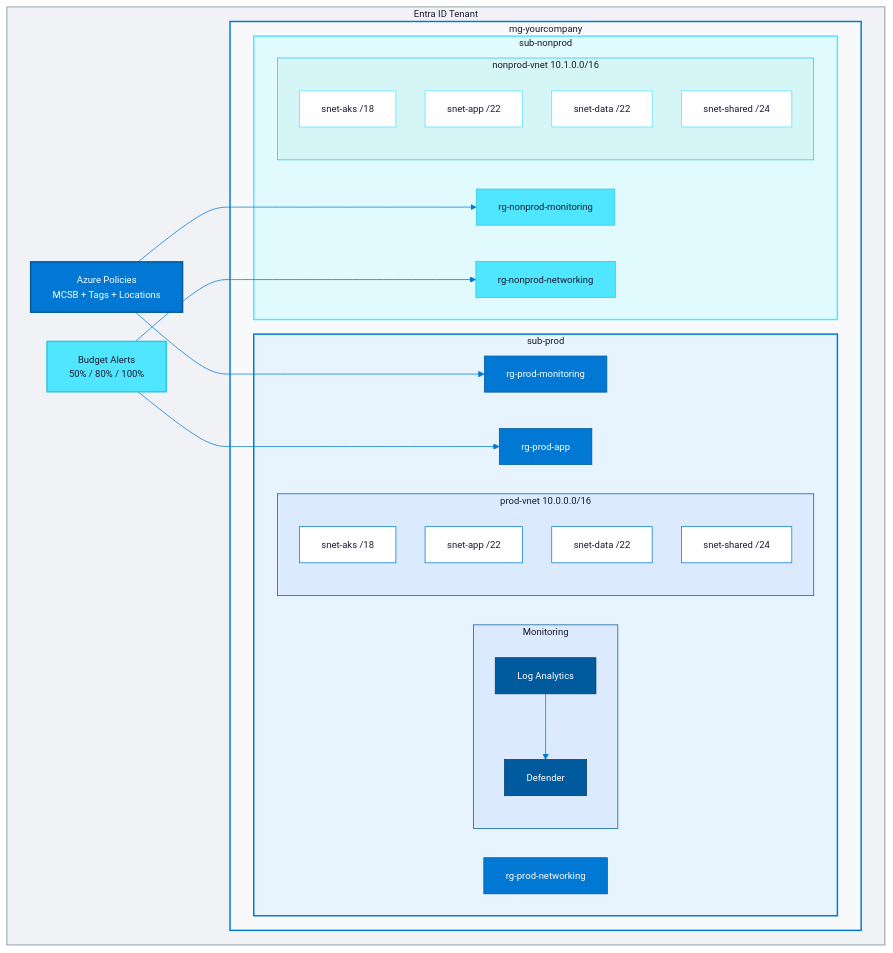
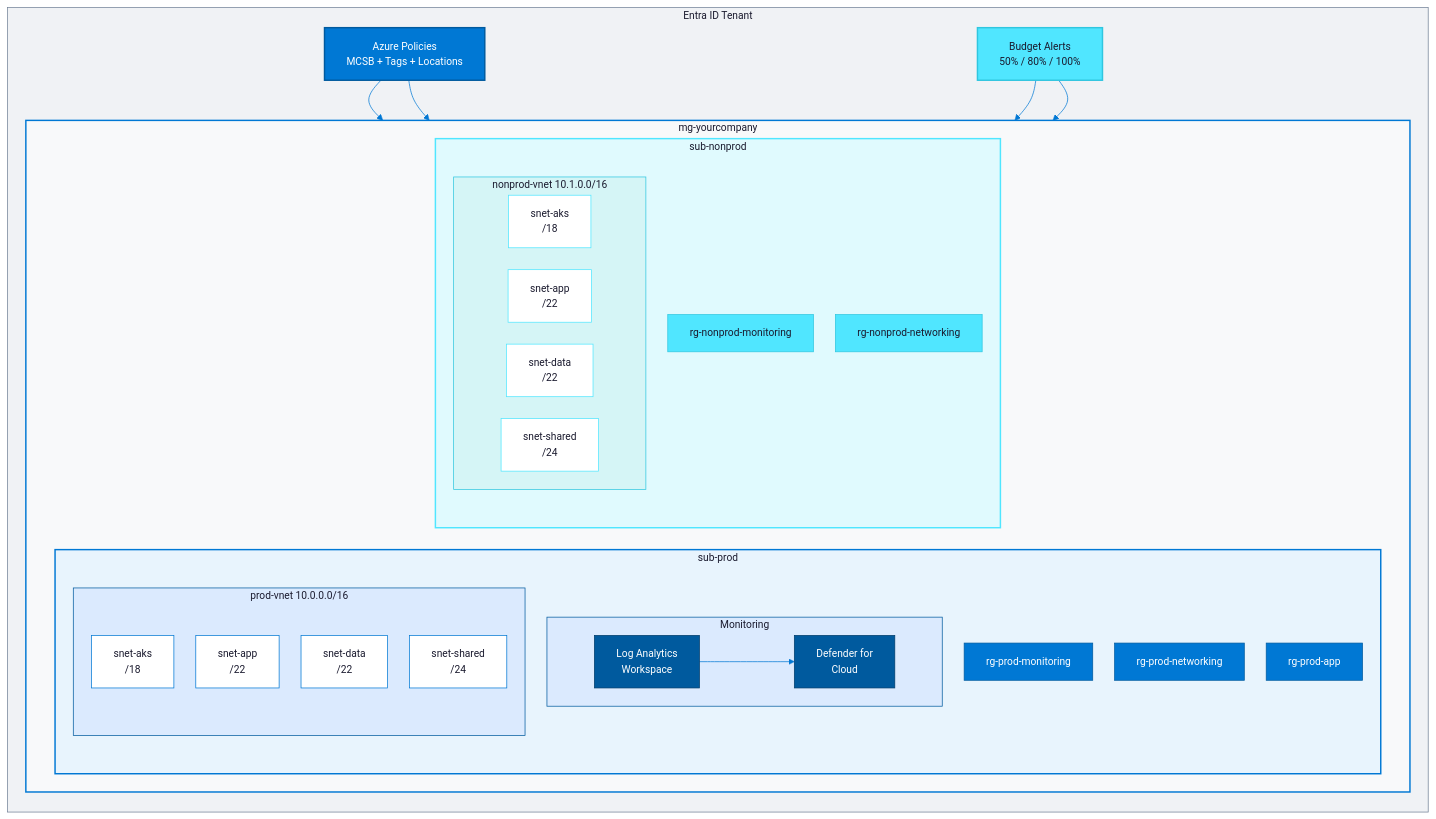
One commit to ricmmartins/sslz changed the diagram in index.md. Above: the diagram before and after it, drawn with Mermaid.

Commit message:
Fix Mermaid clipping: use HTML labels, LR layout, useMaxWidth true

```diff
--- a/index.md
+++ b/index.md
@@ -46,66 +46,70 @@
   <pre class="mermaid">
-%%{init: {"theme": "base", "themeVariables": {"primaryColor": "#e8f4fd", "primaryTextColor": "#1a1a2e", "primaryBorderColor": "#0078D4", "lineColor": "#0078D4", "secondaryColor": "#e0fafe", "tertiaryColor": "#f0f2f5", "fontFamily": "Inter, Segoe UI, sans-serif", "fontSize": "13px"}, "flowchart": {"useMaxWidth": false, "diagramPadding": 30, "nodeSpacing": 40, "rankSpacing": 40}}}%%
-graph TB
-    subgraph tenant[" Entra ID Tenant "]
-        subgraph mg[" mg-yourcompany "]
-            subgraph prod[" sub-prod "]
+%%{init: {"theme": "base", "themeVariables": {"primaryColor": "#e8f4fd", "primaryTextColor": "#1a1a2e", "primaryBorderColor": "#0078D4", "lineColor": "#0078D4", "secondaryColor": "#e0fafe", "tertiaryColor": "#f0f2f5", "fontFamily": "Inter, Segoe UI, sans-serif", "fontSize": "14px"}, "flowchart": {"useMaxWidth": true, "htmlLabels": true, "diagramPadding": 20, "nodeSpacing": 30, "rankSpacing": 30, "padding": 15}}}%%
+graph LR
+    subgraph tenant["Entra ID Tenant"]
+        direction TB
+        policies["Azure Policies<br/>MCSB + Tags + Locations"]
+        budgets["Budget Alerts<br/>50% / 80% / 100%"]
+        subgraph mg["mg-yourcompany"]
+            direction LR
+            subgraph prod["sub-prod"]
+                direction TB
                 rg_mon_p["rg-prod-monitoring"]
                 rg_net_p["rg-prod-networking"]
                 rg_app_p["rg-prod-app"]
-                subgraph monitoring[" Monitoring "]
-                    law["Log Analytics"]
-                    defender["Defender"]
+                subgraph monitoring["Monitoring"]
+                    law["Log Analytics<br/>Workspace"]
+                    defender["Defender for<br/>Cloud"]
                 end
-                subgraph net_prod[" prod-vnet 10.0.0.0/16 "]
-                    snet_aks["snet-aks /18"]
-                    snet_app["snet-app /22"]
-                    snet_data["snet-data /22"]
-                    snet_shared["snet-shared /24"]
+                subgraph net_prod["prod-vnet 10.0.0.0/16"]
+                    snet_aks["snet-aks<br/>/18"]
+                    snet_app["snet-app<br/>/22"]
+                    snet_data["snet-data<br/>/22"]
+                    snet_shared["snet-shared<br/>/24"]
                 end
             end
-            subgraph nonprod[" sub-nonprod "]
+            subgraph nonprod["sub-nonprod"]
+                direction TB
                 rg_mon_n["rg-nonprod-monitoring"]
                 rg_net_n["rg-nonprod-networking"]
-                subgraph net_nonprod[" nonprod-vnet 10.1.0.0/16 "]
-                    snet_aks_n["snet-aks /18"]
-                    snet_app_n["snet-app /22"]
-                    snet_data_n["snet-data /22"]
-                    snet_shared_n["snet-shared /24"]
+                subgraph net_nonprod["nonprod-vnet 10.1.0.0/16"]
+                    snet_aks_n["snet-aks<br/>/18"]
+                    snet_app_n["snet-app<br/>/22"]
+                    snet_data_n["snet-data<br/>/22"]
+                    snet_shared_n["snet-shared<br/>/24"]
                 end
             end
         end
-        policies["Azure Policies\nMCSB + Tags + Locations"]
-        budgets["Budget Alerts\n50% / 80% / 100%"]
     end
     policies --> rg_mon_p
     policies --> rg_mon_n
     budgets --> rg_app_p
     budgets --> rg_net_n
     law --> defender
 
     style tenant fill:#f0f2f5,stroke:#718096,color:#1a1a2e
     style mg fill:#f8f9fa,stroke:#0078D4,color:#1a1a2e,stroke-width:2px
     style prod fill:#e8f4fd,stroke:#0078D4,color:#1a1a2e,stroke-width:2px
     style nonprod fill:#e0fafe,stroke:#50E6FF,color:#1a1a2e,stroke-width:2px
     style monitoring fill:#dbeafe,stroke:#005A9E,color:#1a1a2e
     style net_prod fill:#dbeafe,stroke:#005A9E,color:#1a1a2e
     style net_nonprod fill:#d5f5f6,stroke:#30C6DF,color:#1a1a2e
 
     style rg_mon_p fill:#0078D4,color:#fff,stroke:#005A9E
     style rg_net_p fill:#0078D4,color:#fff,stroke:#005A9E
     style rg_app_p fill:#0078D4,color:#fff,stroke:#005A9E
     style rg_mon_n fill:#50E6FF,color:#1a1a2e,stroke:#30C6DF
     style rg_net_n fill:#50E6FF,color:#1a1a2e,stroke:#30C6DF
     style law fill:#005A9E,color:#fff,stroke:#003D6B
     style defender fill:#005A9E,color:#fff,stroke:#003D6B
     style snet_aks fill:#fff,color:#1a1a2e,stroke:#0078D4
     style snet_app fill:#fff,color:#1a1a2e,stroke:#0078D4
     style snet_data fill:#fff,color:#1a1a2e,stroke:#0078D4
     style snet_shared fill:#fff,color:#1a1a2e,stroke:#0078D4
     style snet_aks_n fill:#fff,color:#1a1a2e,stroke:#50E6FF
     style snet_app_n fill:#fff,color:#1a1a2e,stroke:#50E6FF
     style snet_data_n fill:#fff,color:#1a1a2e,stroke:#50E6FF
     style snet_shared_n fill:#fff,color:#1a1a2e,stroke:#50E6FF
     style policies fill:#0078D4,color:#fff,stroke:#005A9E,stroke-width:2px
     style budgets fill:#50E6FF,color:#1a1a2e,stroke:#30C6DF,stroke-width:2px
   </pre>
```
